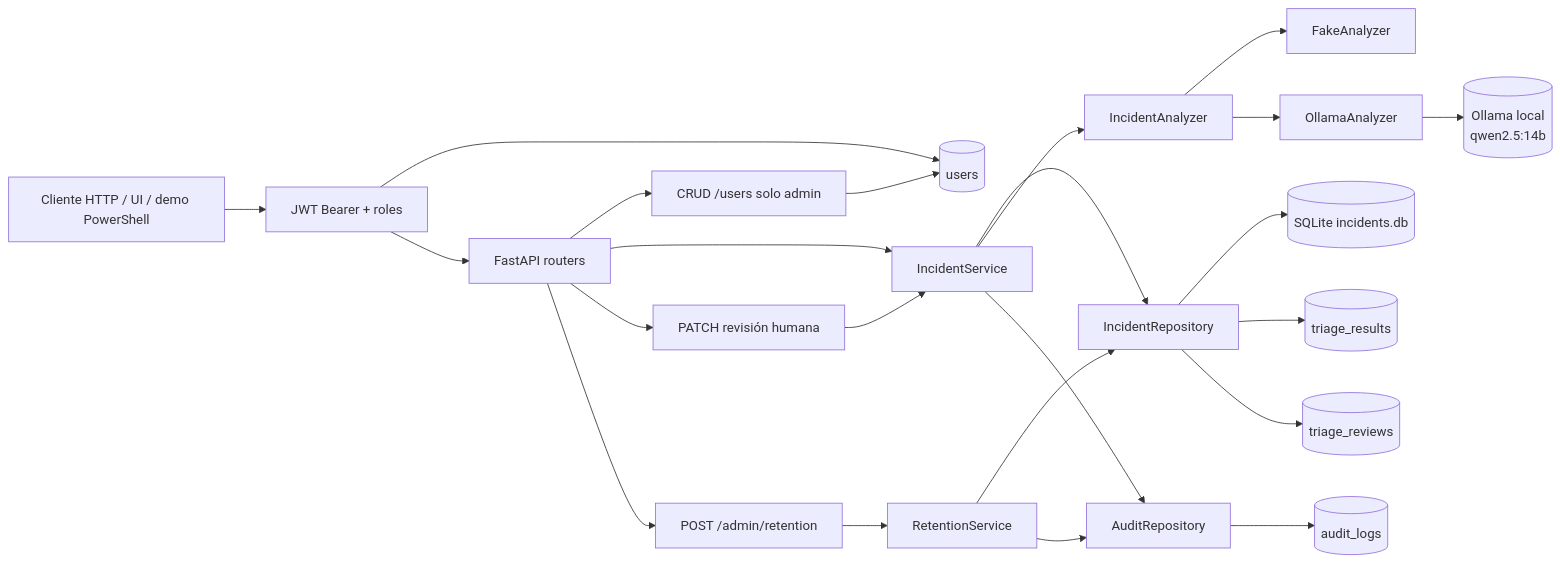
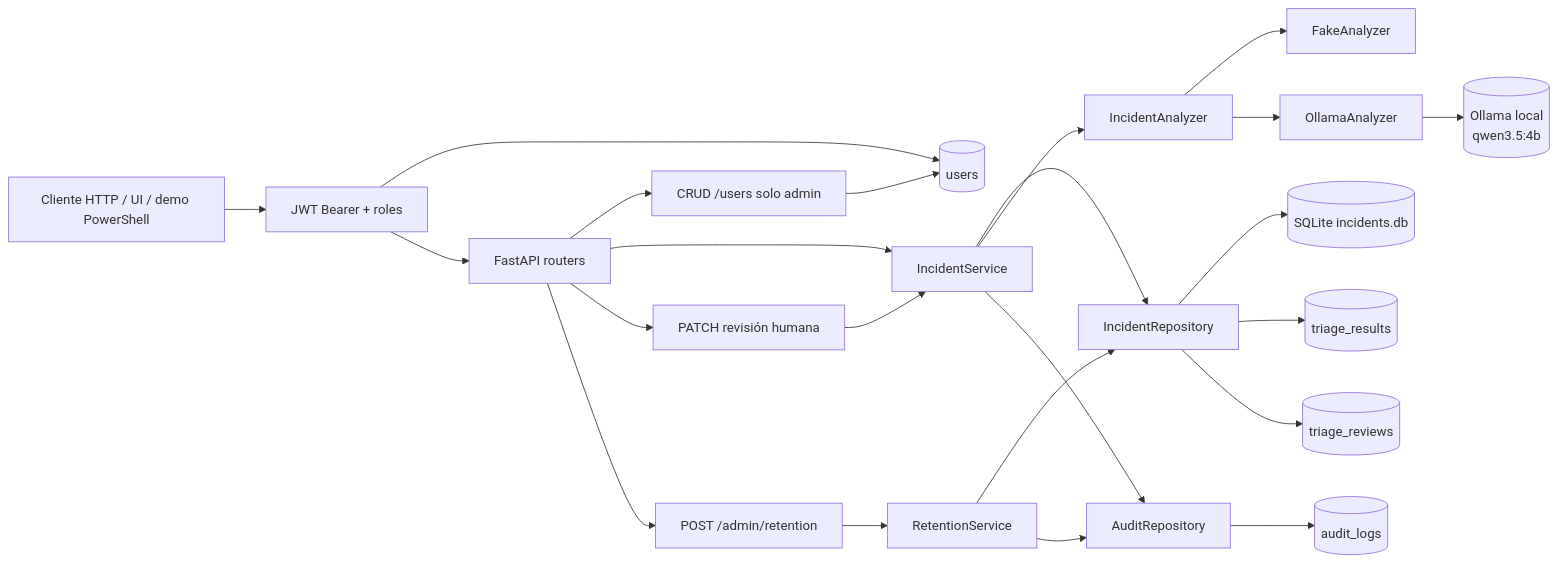
The diagram in docs/architecture.md (asobrados03/ai-incident-triage), drawn with Mermaid before and after one commit. The commit also changed other lines of this file and 5 other files, not shown here.

````diff
--- a/docs/architecture.md
+++ b/docs/architecture.md
@@ -25,25 +25,25 @@
 ```mermaid
 flowchart LR
     Client[Cliente HTTP / UI / demo PowerShell] --> Auth[JWT Bearer + roles]
     Auth --> Users[(users)]
     Auth --> API[FastAPI routers]
     API --> UsersAPI[CRUD /users solo admin]
     UsersAPI --> Users
     API --> Service[IncidentService]
     Service --> Repo[IncidentRepository]
     Repo --> SQLite[(SQLite incidents.db)]
     Service --> Analyzer[IncidentAnalyzer]
     Analyzer --> Fake[FakeAnalyzer]
     Analyzer --> Ollama[OllamaAnalyzer]
-    Ollama --> Runtime[(Ollama local\nqwen2.5:14b)]
+    Ollama --> Runtime[(Ollama local\nqwen3.5:4b)]
     API --> Review[PATCH revisión humana]
     Review --> Service
     Repo --> Triage[(triage_results)]
     Repo --> Reviews[(triage_reviews)]
     Service --> Audit[AuditRepository]
     Audit --> AuditLogs[(audit_logs)]
     API --> Retention[POST /admin/retention]
     Retention --> RetentionService[RetentionService]
     RetentionService --> Repo
     RetentionService --> Audit
 ```
````
